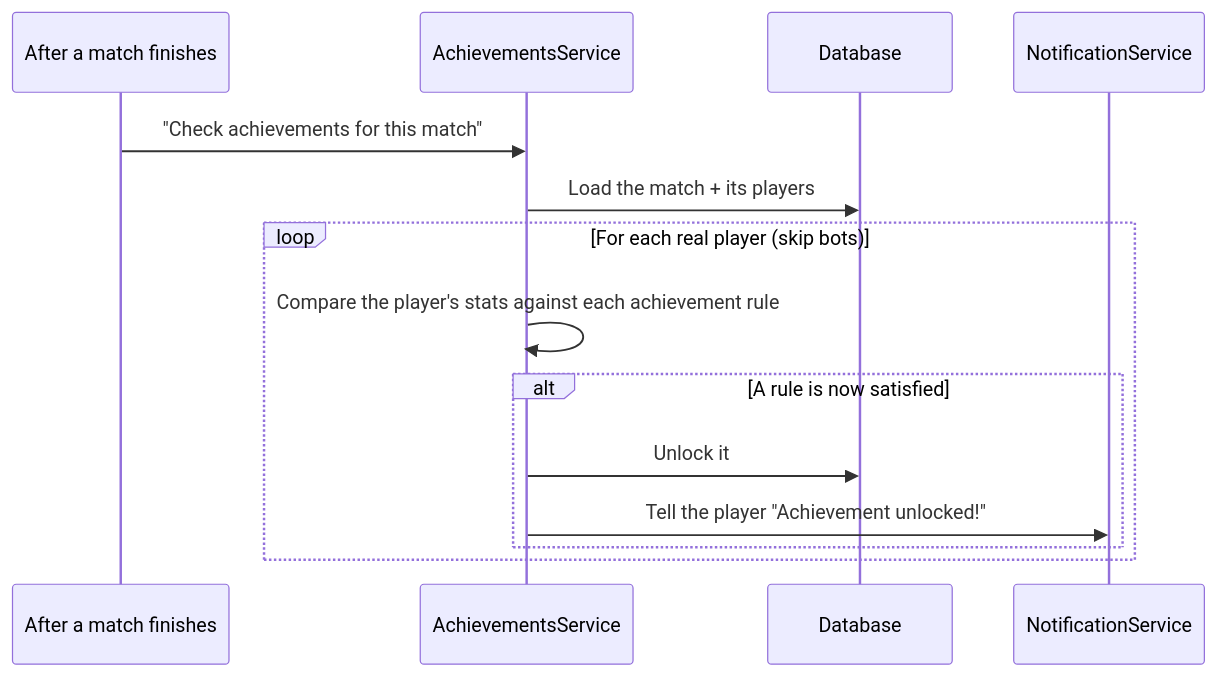
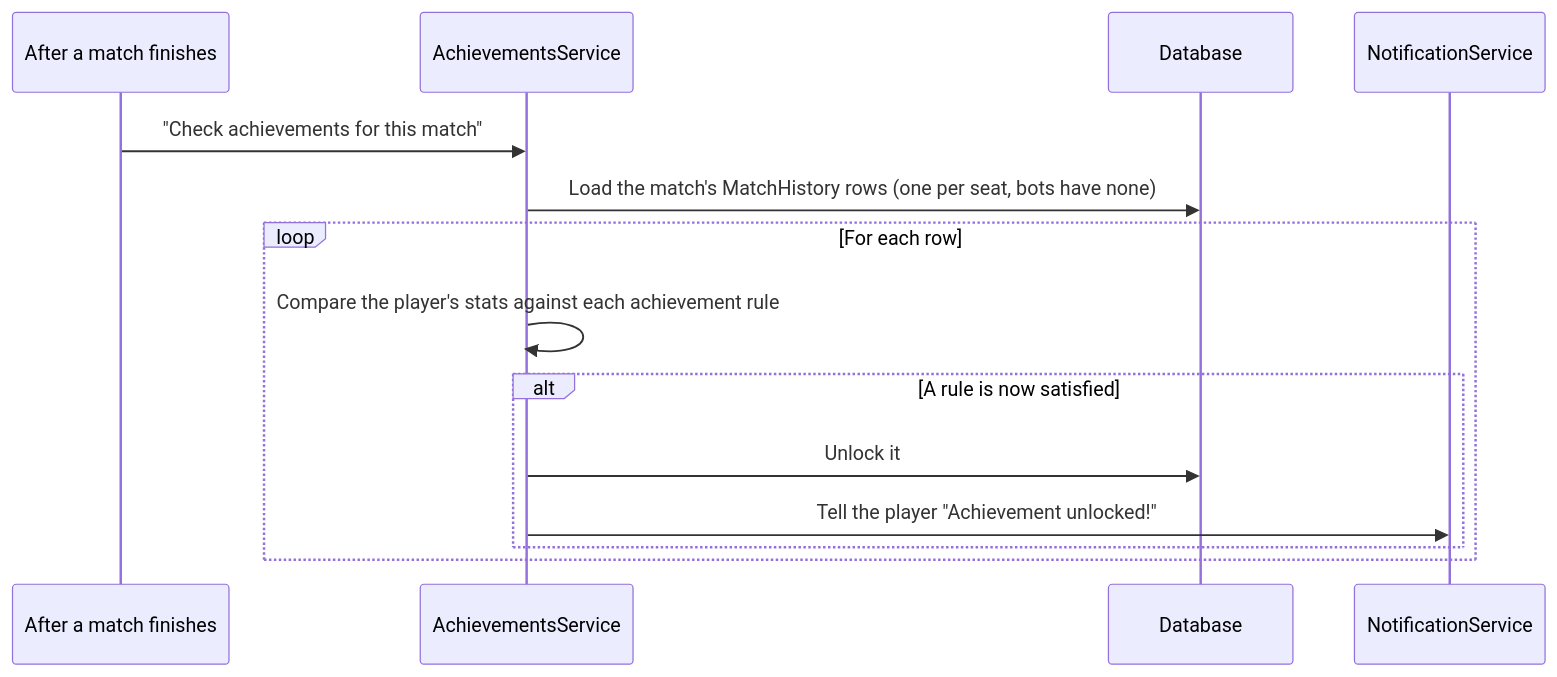
One commit to IrmaJoKerr/ft_transcendence-ludo changed the diagram in docs/backend/backend-achievements-module.md. Above: the diagram before and after it, drawn with Mermaid. The commit also changed other lines of this file and 37 other files, not shown here.

Commit message:
refactor(db): User is the account, PlayerStats the career, MatchHistory one row per seat. Docs: updated to match.

````diff
--- a/docs/backend/backend-achievements-module.md
+++ b/docs/backend/backend-achievements-module.md
@@ -128,17 +128,17 @@
 ```mermaid
 sequenceDiagram
     participant PostGame as After a match finishes
     participant Service as AchievementsService
     participant DB as Database
     participant Notify as NotificationService
 
     PostGame->>Service: "Check achievements for this match"
-    Service->>DB: Load the match + its players
-    loop For each real player (skip bots)
+    Service->>DB: Load the match's MatchHistory rows (one per seat, bots have none)
+    loop For each row
         Service->>Service: Compare the player's stats against each achievement rule
         alt A rule is now satisfied
             Service->>DB: Unlock it
             Service->>Notify: Tell the player "Achievement unlocked!"
         end
     end
 ```
````
